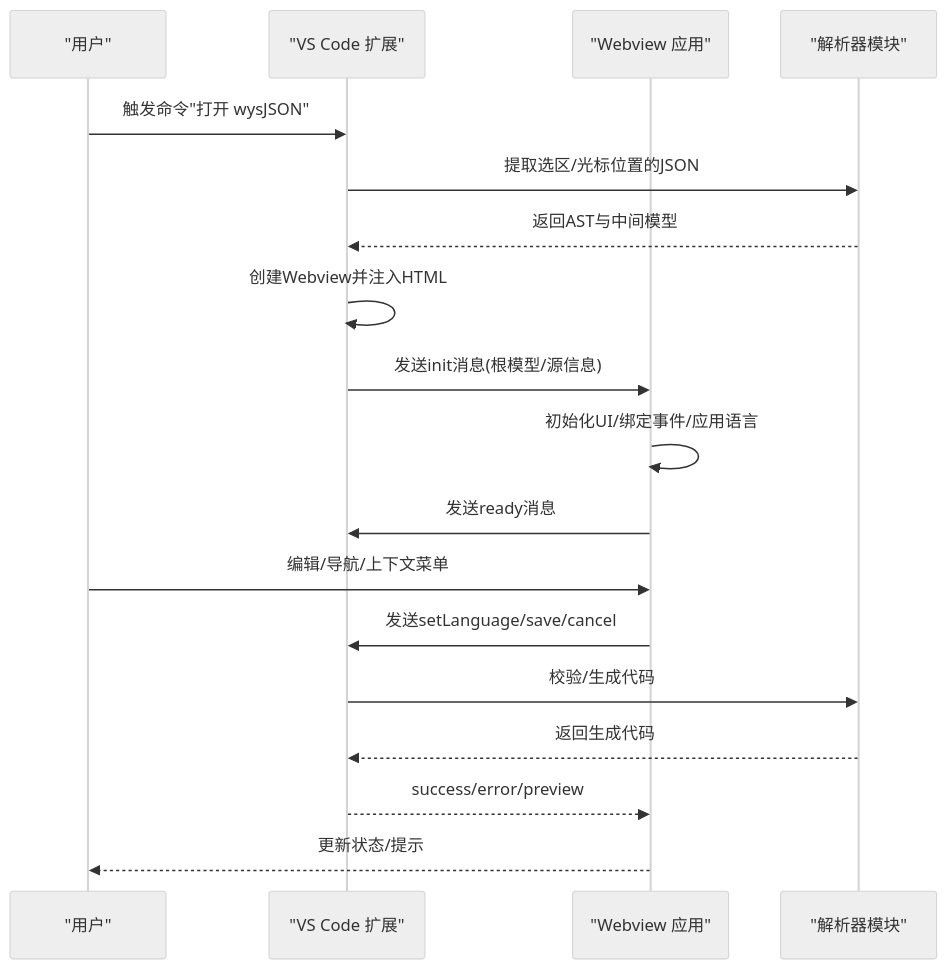
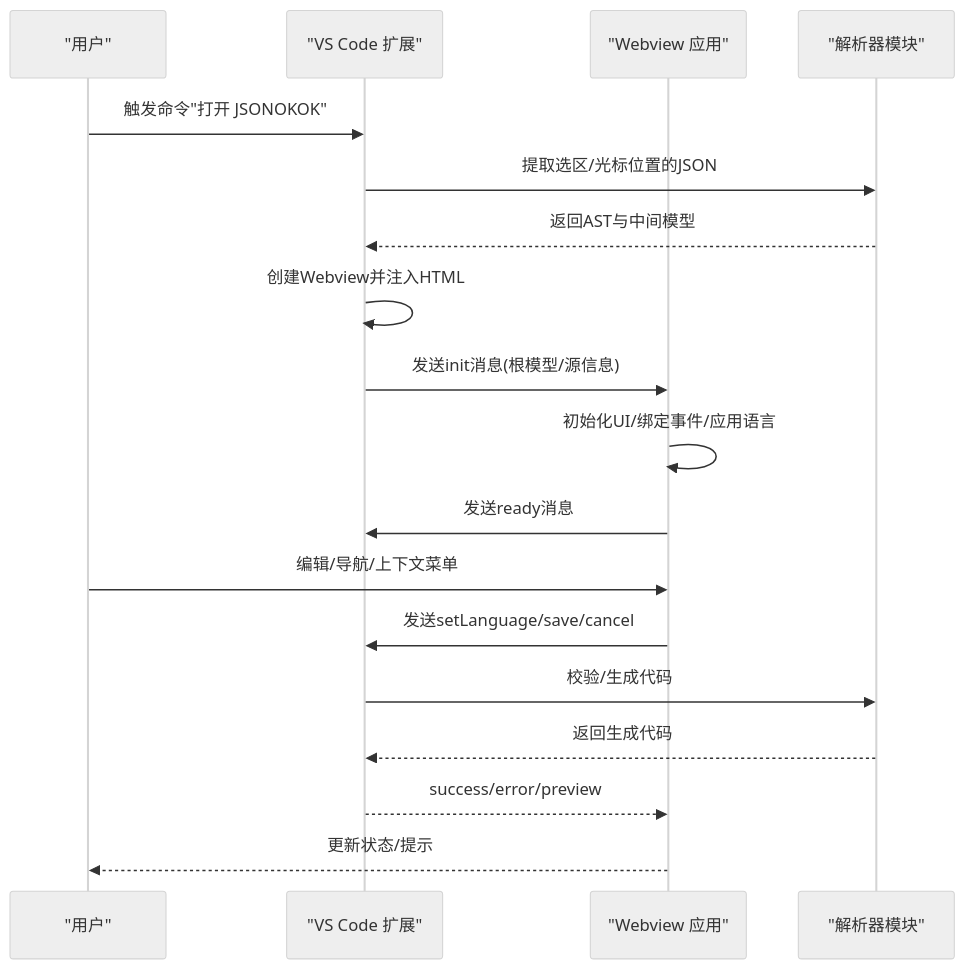
The second of 7 diagrams in .qoder/repowiki/zh/content/Webview 界面系统/Webview 界面系统.md (meiok1/wysjson), drawn with Mermaid (neutral theme) before and after one commit. The commit also changed 390 other files, not shown here.

````diff
--- a/.qoder/repowiki/zh/content/Webview 界面系统/Webview 界面系统.md
+++ b/.qoder/repowiki/zh/content/Webview 界面系统/Webview 界面系统.md
@@ -91,20 +91,20 @@
 ```mermaid
 sequenceDiagram
 participant User as "用户"
 participant VSCE as "VS Code 扩展"
 participant WV as "Webview 应用"
 participant Parser as "解析器模块"
-User->>VSCE : 触发命令"打开 wysJSON"
+User->>VSCE : 触发命令"打开 JSONOKOK"
 VSCE->>Parser : 提取选区/光标位置的JSON
 Parser-->>VSCE : 返回AST与中间模型
 VSCE->>VSCE : 创建Webview并注入HTML
 VSCE->>WV : 发送init消息(根模型/源信息)
 WV->>WV : 初始化UI/绑定事件/应用语言
 WV->>VSCE : 发送ready消息
 User->>WV : 编辑/导航/上下文菜单
 WV->>VSCE : 发送setLanguage/save/cancel
 VSCE->>Parser : 校验/生成代码
 Parser-->>VSCE : 返回生成代码
 VSCE-->>WV : success/error/preview
 WV-->>User : 更新状态/提示
 ```
````
